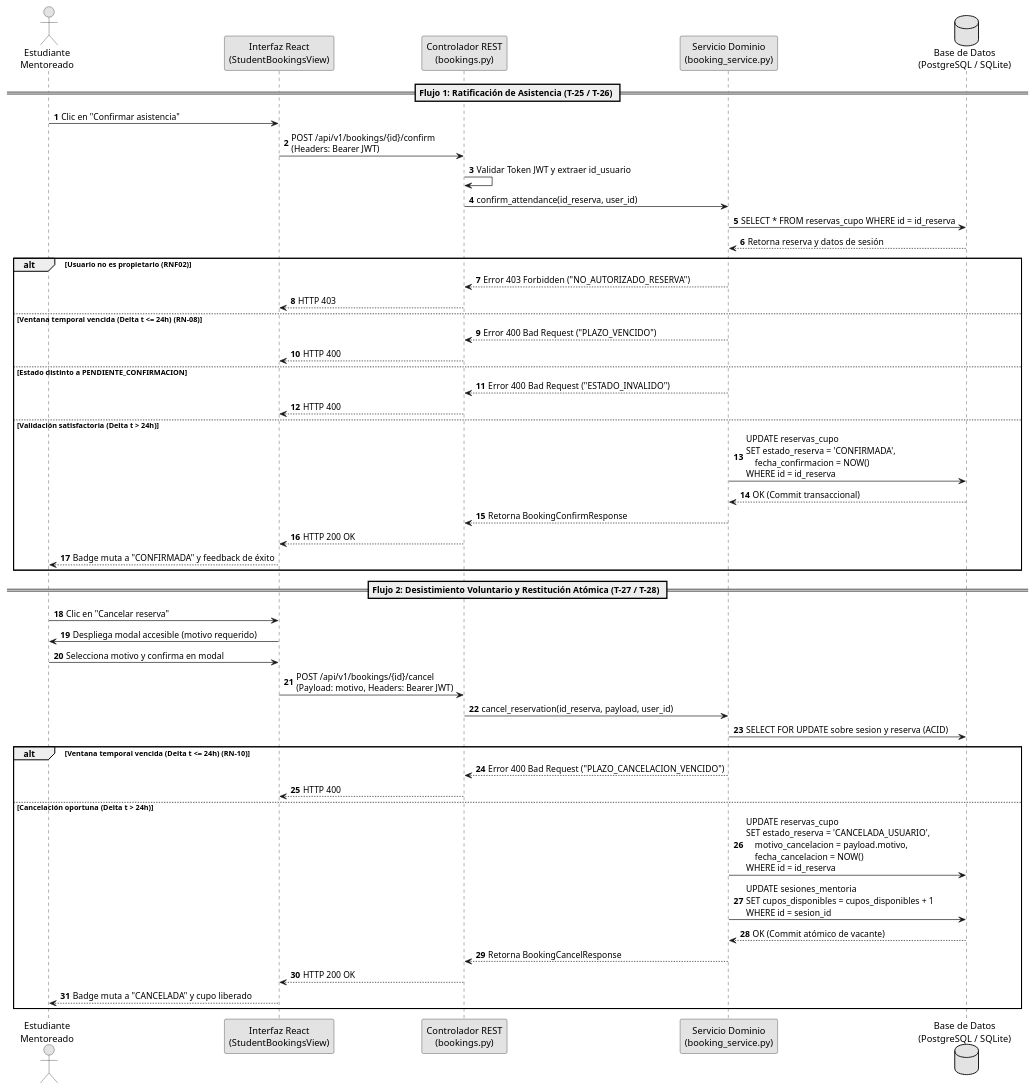
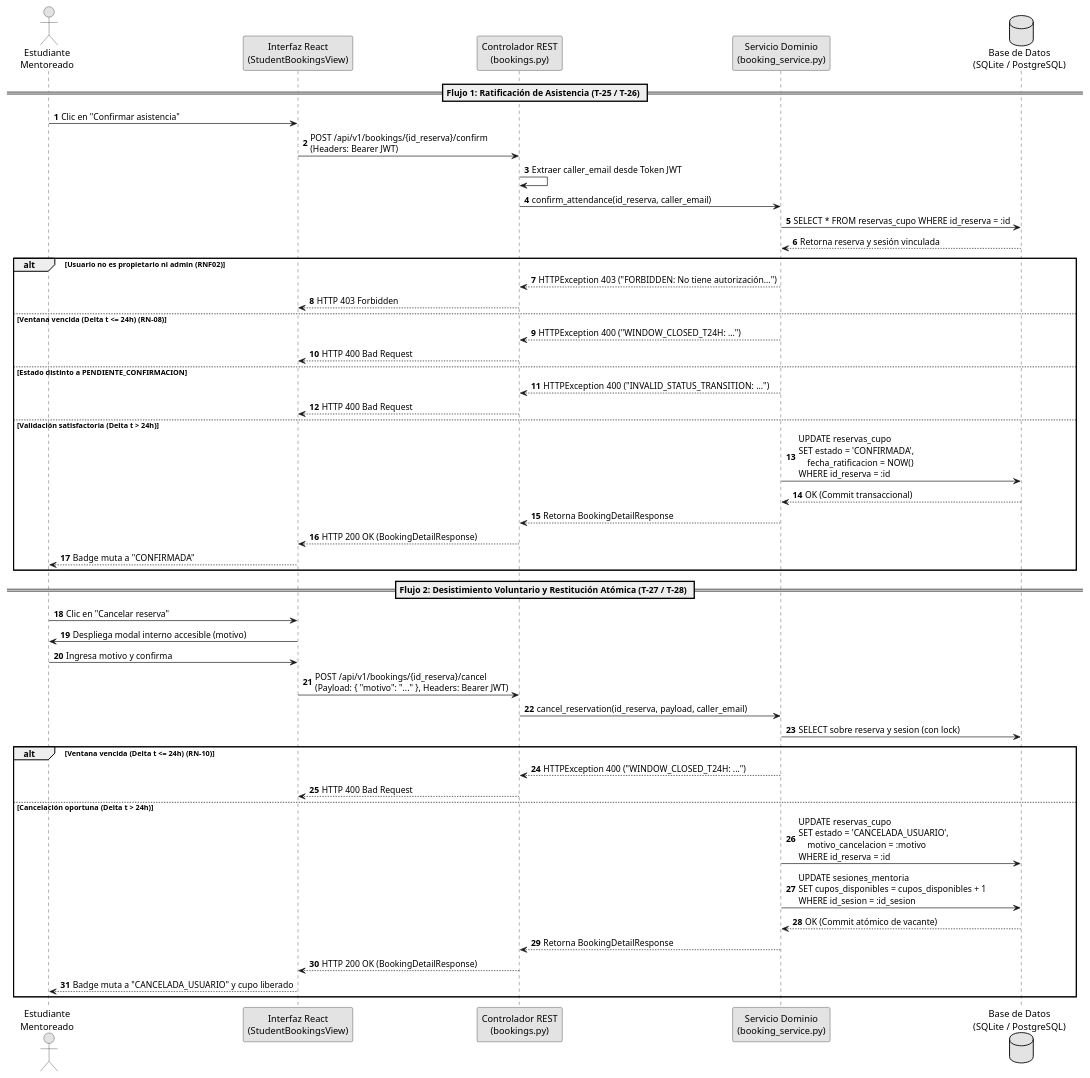
One commit to JMedina255/sistema_web_p2p changed the first of 2 diagrams in docs/diseño/G03_EPIS_Informe_Sprint_05.md. Above: the diagram before and after it, drawn with PlantUML. The commit also changed other lines of this file and 7 other files, not shown here.

````diff
--- a/docs/diseño/G03_EPIS_Informe_Sprint_05.md
+++ b/docs/diseño/G03_EPIS_Informe_Sprint_05.md
@@ -228,58 +228,58 @@
 ```plantuml
 @startuml
 skinparam handwritten false
 skinparam monochrome true
 skinparam packageStyle rect
 skinparam defaultFontName Arial
 
 autonumber
 actor "Estudiante\nMentoreado" as User
 participant "Interfaz React\n(StudentBookingsView)" as UI
 participant "Controlador REST\n(bookings.py)" as API
 participant "Servicio Dominio\n(booking_service.py)" as Srv
-database "Base de Datos\n(PostgreSQL / SQLite)" as DB
+database "Base de Datos\n(SQLite / PostgreSQL)" as DB
 
 == Flujo 1: Ratificación de Asistencia (T-25 / T-26) ==
 User -> UI : Clic en "Confirmar asistencia"
-UI -> API : POST /api/v1/bookings/{id}/confirm\n(Headers: Bearer JWT)
-API -> API : Validar Token JWT y extraer id_usuario
-API -> Srv : confirm_attendance(id_reserva, user_id)
-Srv -> DB : SELECT * FROM reservas_cupo WHERE id = id_reserva
-DB --> Srv : Retorna reserva y datos de sesión
-alt Usuario no es propietario (RNF02)
-    Srv --> API : Error 403 Forbidden ("NO_AUTORIZADO_RESERVA")
-    API --> UI : HTTP 403
-else Ventana temporal vencida (Delta t <= 24h) (RN-08)
-    Srv --> API : Error 400 Bad Request ("PLAZO_VENCIDO")
-    API --> UI : HTTP 400
+UI -> API : POST /api/v1/bookings/{id_reserva}/confirm\n(Headers: Bearer JWT)
+API -> API : Extraer caller_email desde Token JWT
+API -> Srv : confirm_attendance(id_reserva, caller_email)
+Srv -> DB : SELECT * FROM reservas_cupo WHERE id_reserva = :id
+DB --> Srv : Retorna reserva y sesión vinculada
+alt Usuario no es propietario ni admin (RNF02)
+    Srv --> API : HTTPException 403 ("FORBIDDEN: No tiene autorización...")
+    API --> UI : HTTP 403 Forbidden
+else Ventana vencida (Delta t <= 24h) (RN-08)
+    Srv --> API : HTTPException 400 ("WINDOW_CLOSED_T24H: ...")
+    API --> UI : HTTP 400 Bad Request
 else Estado distinto a PENDIENTE_CONFIRMACION
-    Srv --> API : Error 400 Bad Request ("ESTADO_INVALIDO")
-    API --> UI : HTTP 400
+    Srv --> API : HTTPException 400 ("INVALID_STATUS_TRANSITION: ...")
+    API --> UI : HTTP 400 Bad Request
 else Validación satisfactoria (Delta t > 24h)
-    Srv -> DB : UPDATE reservas_cupo\nSET estado_reserva = 'CONFIRMADA',\n    fecha_confirmacion = NOW()\nWHERE id = id_reserva
+    Srv -> DB : UPDATE reservas_cupo\nSET estado = 'CONFIRMADA',\n    fecha_ratificacion = NOW()\nWHERE id_reserva = :id
     DB --> Srv : OK (Commit transaccional)
-    Srv --> API : Retorna BookingConfirmResponse
-    API --> UI : HTTP 200 OK
-    UI --> User : Badge muta a "CONFIRMADA" y feedback de éxito
+    Srv --> API : Retorna BookingDetailResponse
+    API --> UI : HTTP 200 OK (BookingDetailResponse)
+    UI --> User : Badge muta a "CONFIRMADA"
 end
 
 == Flujo 2: Desistimiento Voluntario y Restitución Atómica (T-27 / T-28) ==
 User -> UI : Clic en "Cancelar reserva"
-UI -> User : Despliega modal accesible (motivo requerido)
-User -> UI : Selecciona motivo y confirma en modal
-UI -> API : POST /api/v1/bookings/{id}/cancel\n(Payload: motivo, Headers: Bearer JWT)
-API -> Srv : cancel_reservation(id_reserva, payload, user_id)
-Srv -> DB : SELECT FOR UPDATE sobre sesion y reserva (ACID)
-alt Ventana temporal vencida (Delta t <= 24h) (RN-10)
-    Srv --> API : Error 400 Bad Request ("PLAZO_CANCELACION_VENCIDO")
-    API --> UI : HTTP 400
+UI -> User : Despliega modal interno accesible (motivo)
+User -> UI : Ingresa motivo y confirma
+UI -> API : POST /api/v1/bookings/{id_reserva}/cancel\n(Payload: { "motivo": "..." }, Headers: Bearer JWT)
+API -> Srv : cancel_reservation(id_reserva, payload, caller_email)
+Srv -> DB : SELECT sobre reserva y sesion (con lock)
+alt Ventana vencida (Delta t <= 24h) (RN-10)
+    Srv --> API : HTTPException 400 ("WINDOW_CLOSED_T24H: ...")
+    API --> UI : HTTP 400 Bad Request
 else Cancelación oportuna (Delta t > 24h)
-    Srv -> DB : UPDATE reservas_cupo\nSET estado_reserva = 'CANCELADA_USUARIO',\n    motivo_cancelacion = payload.motivo,\n    fecha_cancelacion = NOW()\nWHERE id = id_reserva
-    Srv -> DB : UPDATE sesiones_mentoria\nSET cupos_disponibles = cupos_disponibles + 1\nWHERE id = sesion_id
+    Srv -> DB : UPDATE reservas_cupo\nSET estado = 'CANCELADA_USUARIO',\n    motivo_cancelacion = :motivo\nWHERE id_reserva = :id
+    Srv -> DB : UPDATE sesiones_mentoria\nSET cupos_disponibles = cupos_disponibles + 1\nWHERE id_sesion = :id_sesion
     DB --> Srv : OK (Commit atómico de vacante)
-    Srv --> API : Retorna BookingCancelResponse
-    API --> UI : HTTP 200 OK
-    UI --> User : Badge muta a "CANCELADA" y cupo liberado
+    Srv --> API : Retorna BookingDetailResponse
+    API --> UI : HTTP 200 OK (BookingDetailResponse)
+    UI --> User : Badge muta a "CANCELADA_USUARIO" y cupo liberado
 end
 @enduml
 ```
````
